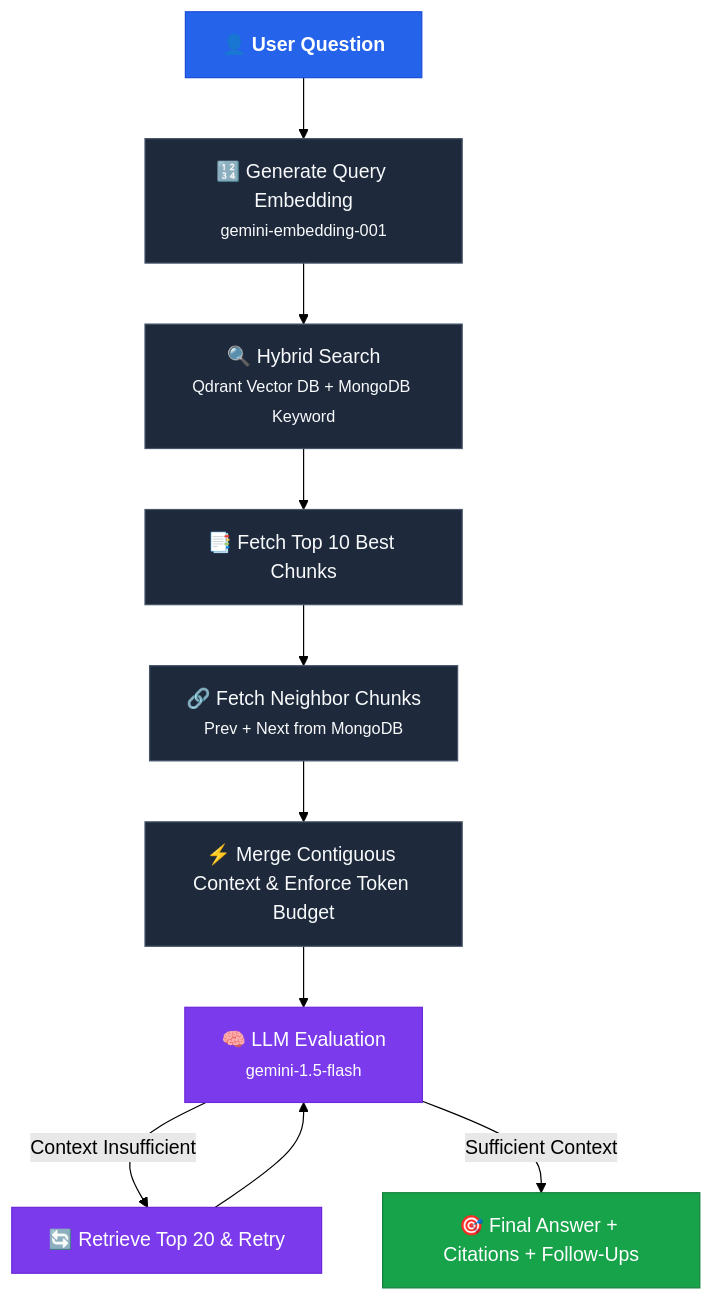
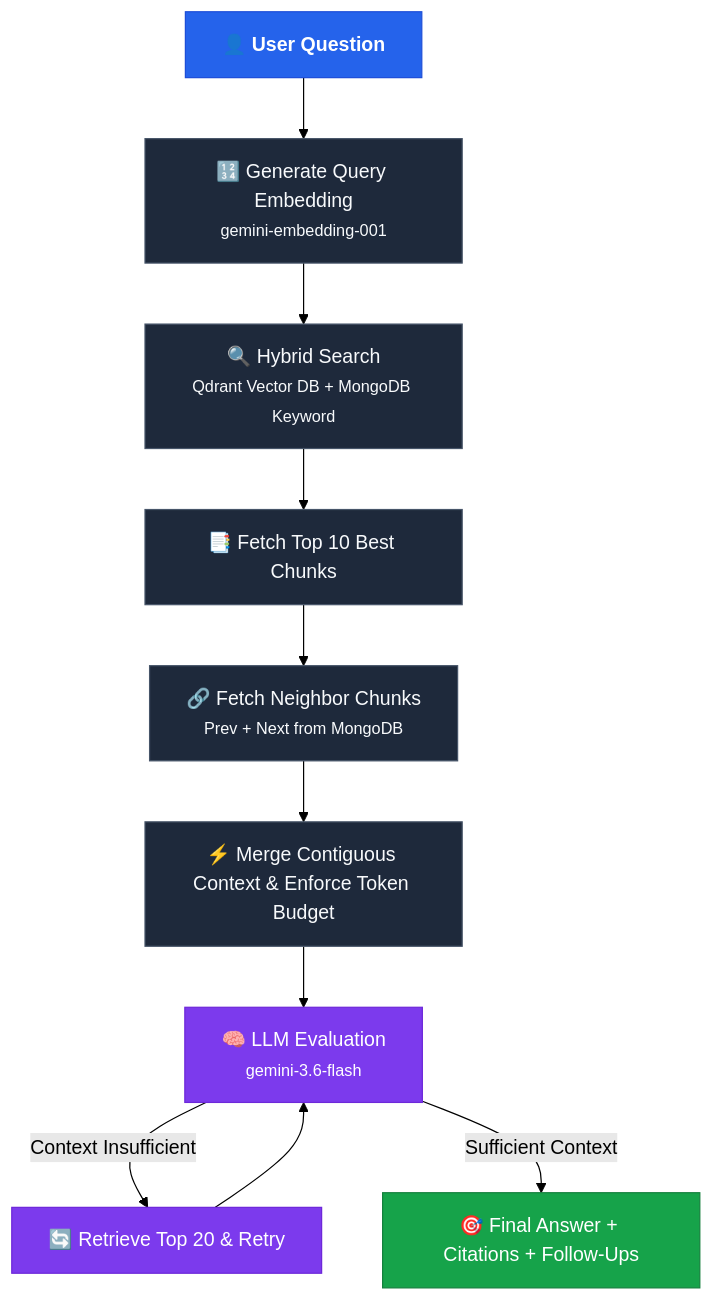
The diagram in README.md (swaroop07p/RAG-Assistant), drawn with Mermaid (forest theme) before and after one commit. The commit also changed other lines of this file, not shown here.

Commit message:
Readme update1

````diff
--- a/README.md
+++ b/README.md
@@ -37,24 +37,24 @@
 ```mermaid
 flowchart TD
     A[👤 User Question] --> B[🔢 Generate Query Embedding\n<small>gemini-embedding-001</small>]
     B --> C[🔍 Hybrid Search\n<small>Qdrant Vector DB + MongoDB Keyword</small>]
     C --> D[📑 Fetch Top 10 Best Chunks]
     D --> E[🔗 Fetch Neighbor Chunks\n<small>Prev + Next from MongoDB</small>]
     E --> F[⚡ Merge Contiguous Context & Enforce Token Budget]
-    F --> G[🧠 LLM Evaluation\n<small>gemini-1.5-flash</small>]
+    F --> G[🧠 LLM Evaluation\n<small>gemini-3.6-flash</small>]
     
     G -->|Context Insufficient| H[🔄 Retrieve Top 20 & Retry]
     H --> G
     
     G -->|Sufficient Context| I[🎯 Final Answer + Citations + Follow-Ups]
 
     classDef primary fill:#2563eb,stroke:#1d4ed8,color:#fff,font-weight:bold;
     classDef step fill:#1e293b,stroke:#475569,color:#f8fafc;
     classDef decision fill:#7c3aed,stroke:#6d28d9,color:#fff;
     classDef endNode fill:#16a34a,stroke:#15803d,color:#fff;
 
     class A primary;
     class B,C,D,E,F step;
     class G,H decision;
     class I endNode;
 ```
````
